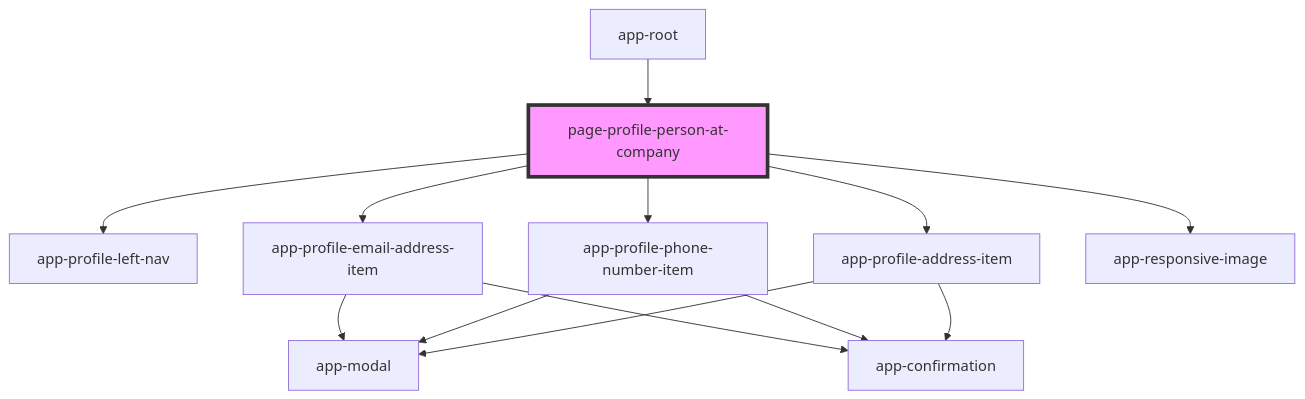
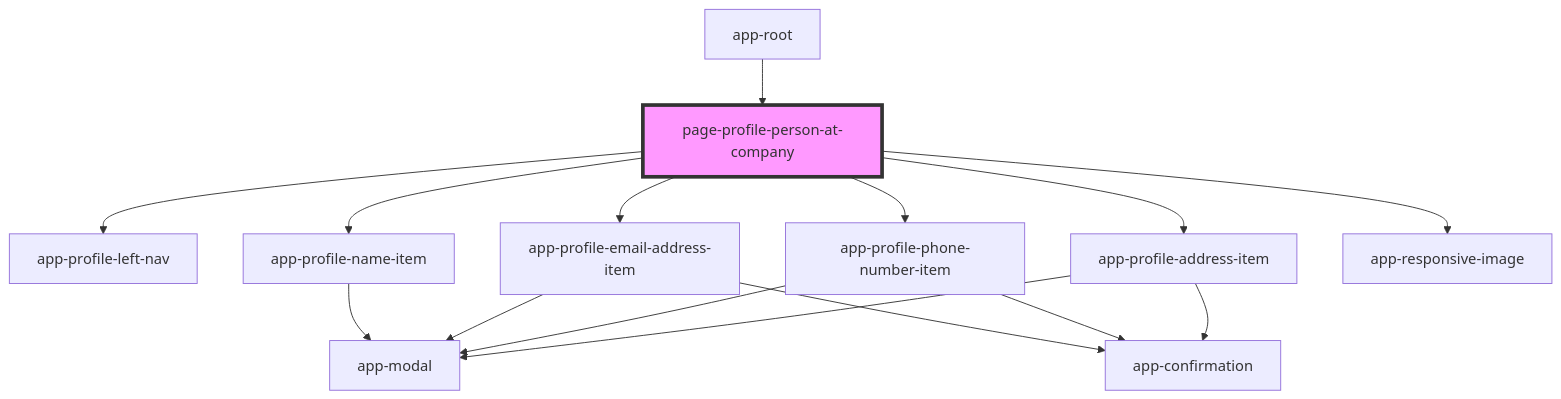
One commit to lokheed/IconEventNetwork.Web changed the diagram in iconeventnetwork-web/src/components/pages/page-profile-person-at-company/readme.md. Above: the diagram before and after it, drawn with Mermaid. The commit also changed other lines of this file and 16 other files, not shown here.

Commit message:
Edit profile name, first pass, not ready for test

````diff
--- a/iconeventnetwork-web/src/components/pages/page-profile-person-at-company/readme.md
+++ b/iconeventnetwork-web/src/components/pages/page-profile-person-at-company/readme.md
@@ -30,16 +31,18 @@
 ```mermaid
 graph TD;
   page-profile-person-at-company --> app-profile-left-nav
+  page-profile-person-at-company --> app-profile-name-item
   page-profile-person-at-company --> app-profile-email-address-item
   page-profile-person-at-company --> app-profile-phone-number-item
   page-profile-person-at-company --> app-profile-address-item
   page-profile-person-at-company --> app-responsive-image
+  app-profile-name-item --> app-modal
   app-profile-email-address-item --> app-modal
   app-profile-email-address-item --> app-confirmation
   app-profile-phone-number-item --> app-modal
   app-profile-phone-number-item --> app-confirmation
   app-profile-address-item --> app-modal
   app-profile-address-item --> app-confirmation
   app-root --> page-profile-person-at-company
   style page-profile-person-at-company fill:#f9f,stroke:#333,stroke-width:4px
 ```
````
